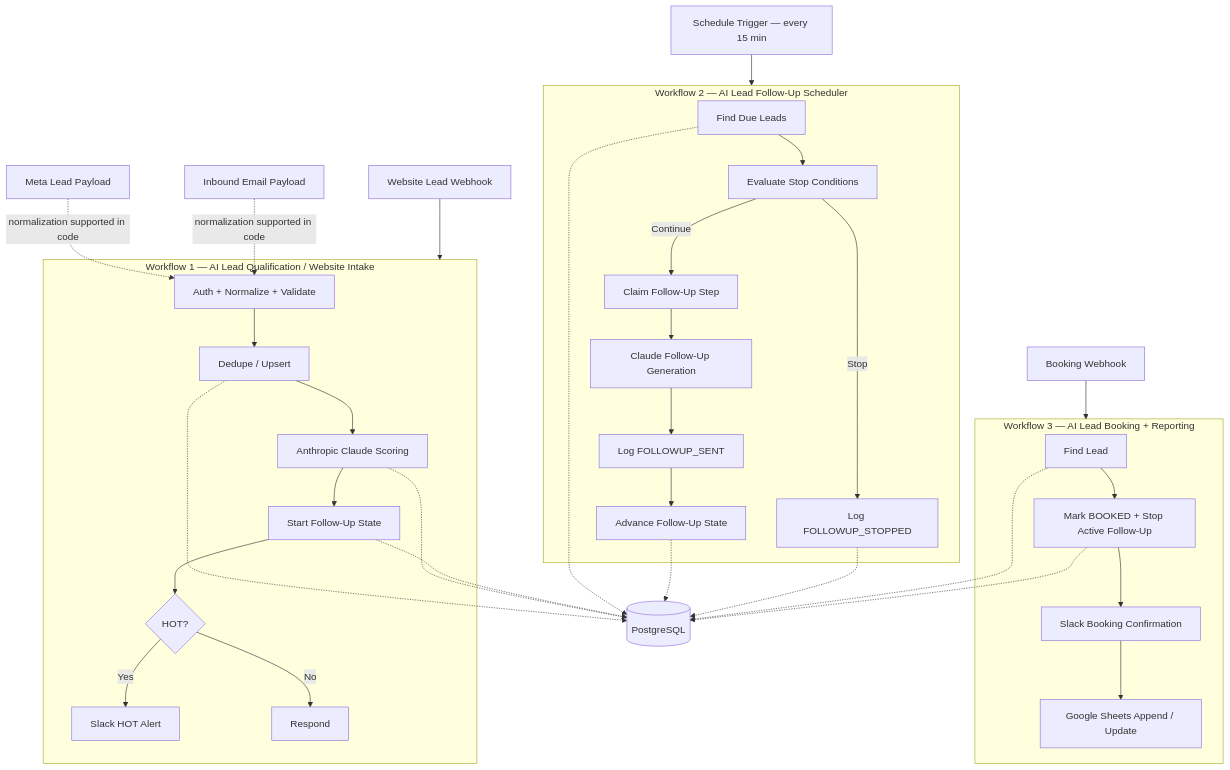
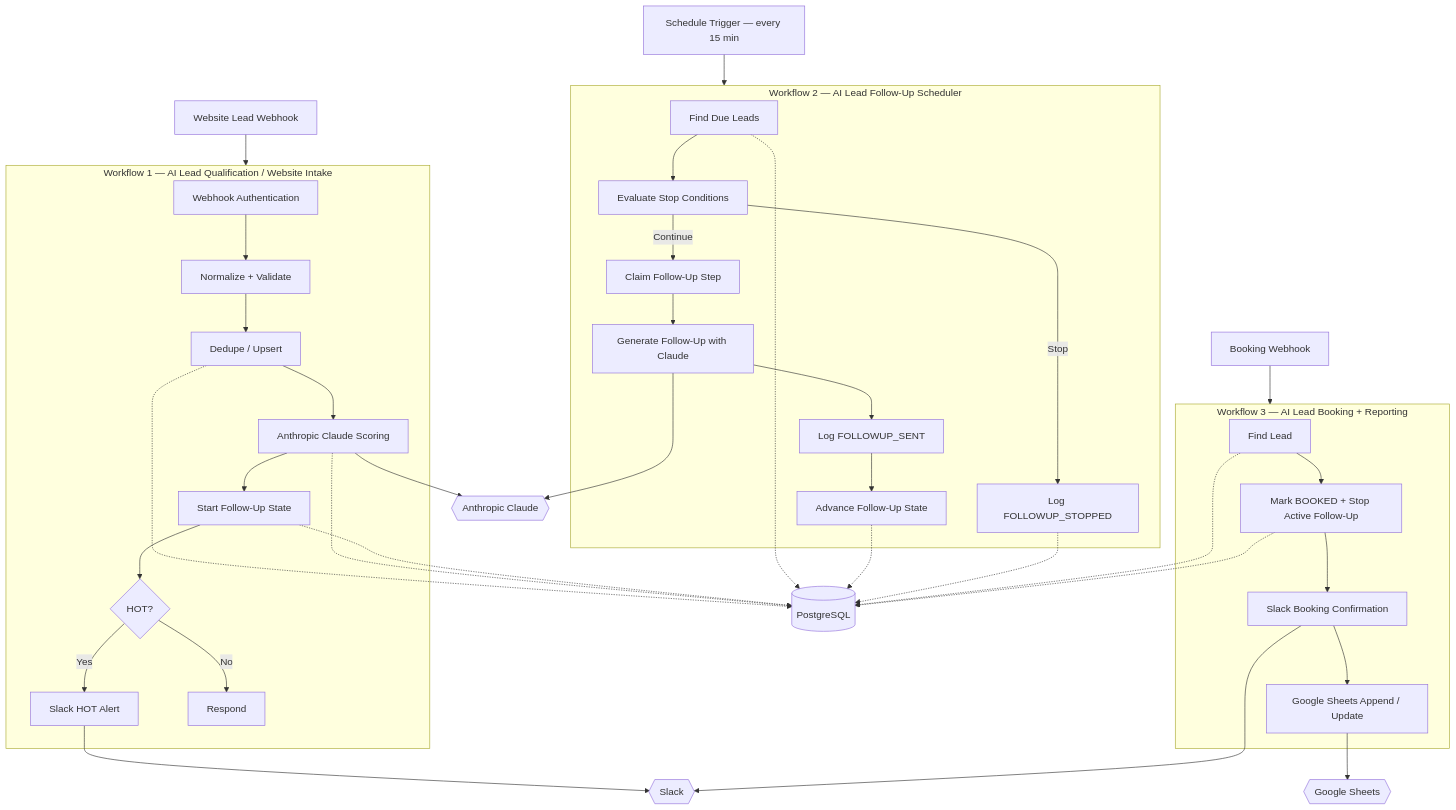
The diagram in README.md (geoshavi/ai-lead-qualification-followup-automation), drawn with Mermaid before and after one commit. The commit also changed other lines of this file, not shown here.

````diff
--- a/README.md
+++ b/README.md
@@ -60,47 +47,50 @@
 ```mermaid
 flowchart TD
 
     WEB["Website Lead Webhook"] --> W1
 
-    META["Meta Lead Payload"] -. "normalization supported in code" .-> NORM
-    MAIL["Inbound Email Payload"] -. "normalization supported in code" .-> NORM
-
     subgraph W1["Workflow 1 — AI Lead Qualification / Website Intake"]
-        NORM["Auth + Normalize + Validate"] --> DEDUPE["Dedupe / Upsert"]
+        AUTH["Webhook Authentication"] --> NORM["Normalize + Validate"]
+        NORM --> DEDUPE["Dedupe / Upsert"]
         DEDUPE --> SCORE["Anthropic Claude Scoring"]
         SCORE --> FOLLOW["Start Follow-Up State"]
         FOLLOW --> HOT{"HOT?"}
         HOT -->|Yes| ALERT["Slack HOT Alert"]
         HOT -->|No| RESPONSE["Respond"]
     end
 
     DEDUPE -.-> PG[("PostgreSQL")]
     SCORE -.-> PG
     FOLLOW -.-> PG
+    SCORE --> CLAUDE{{"Anthropic Claude"}}
+    ALERT --> SLACK{{"Slack"}}
 
     CRON["Schedule Trigger — every 15 min"] --> W2
 
     subgraph W2["Workflow 2 — AI Lead Follow-Up Scheduler"]
         DUE["Find Due Leads"] --> STOP["Evaluate Stop Conditions"]
         STOP -->|Continue| CLAIM["Claim Follow-Up Step"]
-        CLAIM --> GEN["Claude Follow-Up Generation"]
+        CLAIM --> GEN["Generate Follow-Up with Claude"]
         GEN --> LOG["Log FOLLOWUP_SENT"]
         LOG --> ADVANCE["Advance Follow-Up State"]
         STOP -->|Stop| STOPLOG["Log FOLLOWUP_STOPPED"]
     end
 
     DUE -.-> PG
     ADVANCE -.-> PG
     STOPLOG -.-> PG
+    GEN --> CLAUDE
 
     BOOK["Booking Webhook"] --> W3
 
     subgraph W3["Workflow 3 — AI Lead Booking + Reporting"]
         FIND["Find Lead"] --> CANCEL["Mark BOOKED + Stop Active Follow-Up"]
         CANCEL --> BOOKSLACK["Slack Booking Confirmation"]
         BOOKSLACK --> SHEET["Google Sheets Append / Update"]
     end
 
     FIND -.-> PG
     CANCEL -.-> PG
+    BOOKSLACK --> SLACK
+    SHEET --> SHEETS{{"Google Sheets"}}
 ```
````
